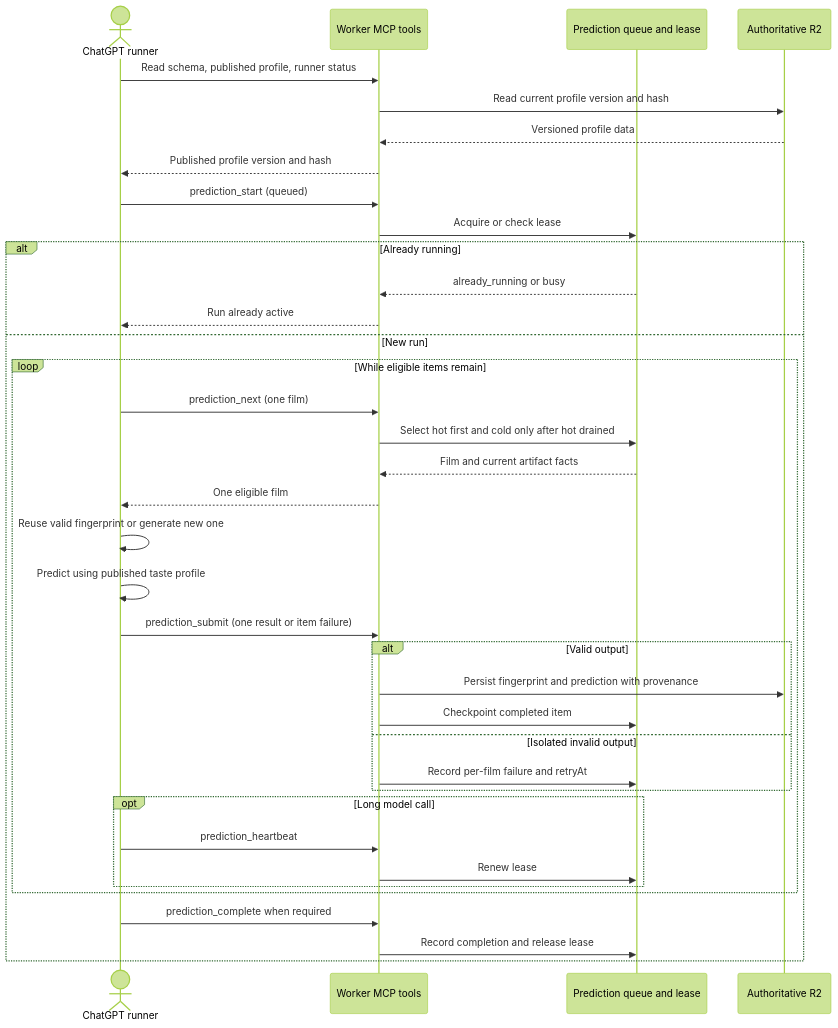
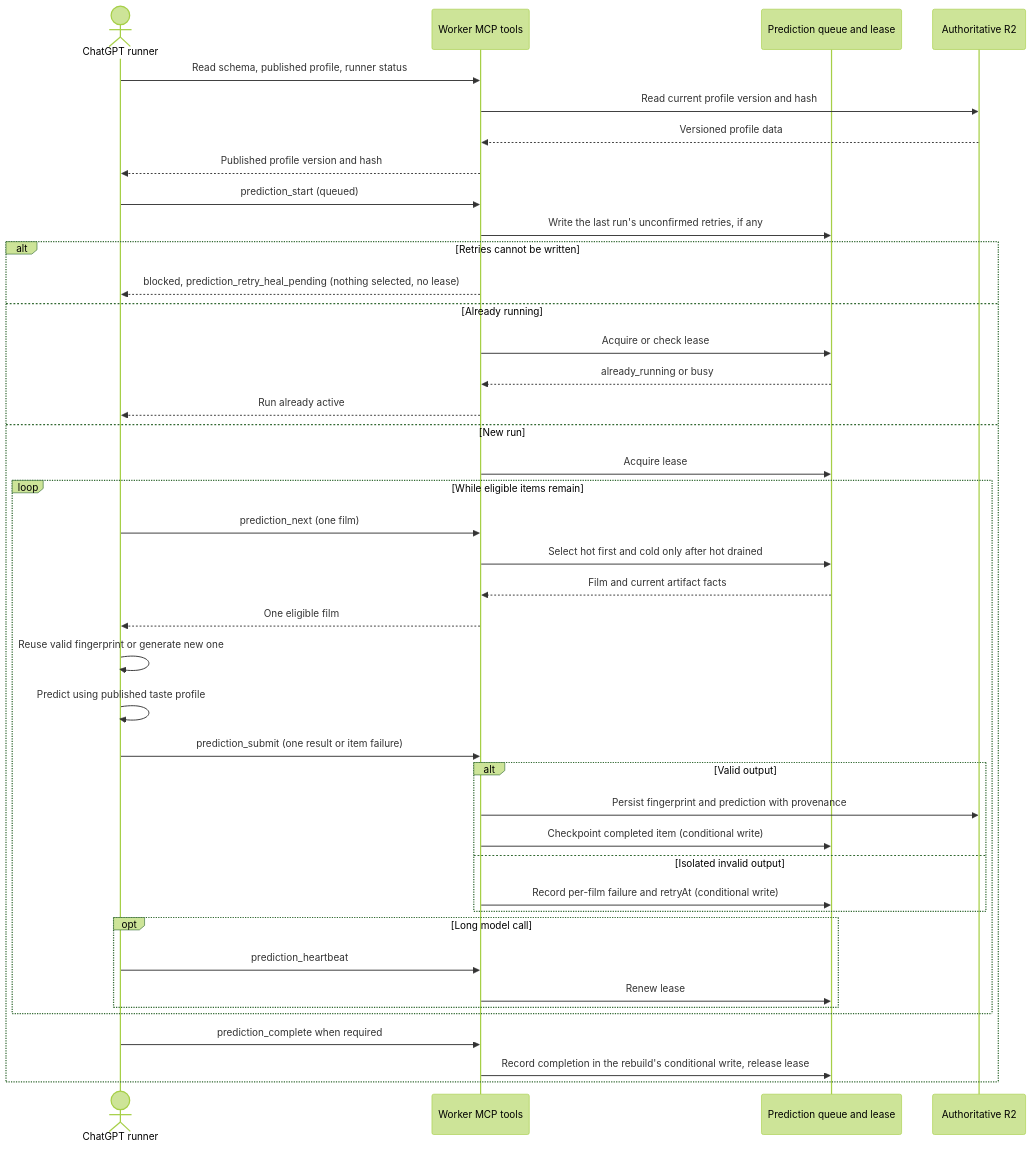
The first of 2 diagrams in docs/architecture/prediction-pipeline.md (vladimino/iptv-watchlist), drawn with Mermaid (forest theme) before and after one commit. The commit also changed other lines of this file and 15 other files, not shown here.

First line of the commit message:
AIR-298: conditional writes for every prediction queue writer (Proposed ADR 0061) (#271)

````diff
--- a/docs/architecture/prediction-pipeline.md
+++ b/docs/architecture/prediction-pipeline.md
@@ -5,39 +5,43 @@
 ```mermaid
 sequenceDiagram
     actor Client as ChatGPT runner
     participant MCP as Worker MCP tools
     participant Queue as Prediction queue and lease
     participant R2 as Authoritative R2
     Client->>MCP: Read schema, published profile, runner status
     MCP->>R2: Read current profile version and hash
     R2-->>MCP: Versioned profile data
     MCP-->>Client: Published profile version and hash
     Client->>MCP: prediction_start (queued)
-    MCP->>Queue: Acquire or check lease
-    alt Already running
+    MCP->>Queue: Write the last run's unconfirmed retries, if any
+    alt Retries cannot be written
+        MCP-->>Client: blocked, prediction_retry_heal_pending (nothing selected, no lease)
+    else Already running
+        MCP->>Queue: Acquire or check lease
         Queue-->>MCP: already_running or busy
         MCP-->>Client: Run already active
     else New run
+        MCP->>Queue: Acquire lease
         loop While eligible items remain
             Client->>MCP: prediction_next (one film)
             MCP->>Queue: Select hot first and cold only after hot drained
             Queue-->>MCP: Film and current artifact facts
             MCP-->>Client: One eligible film
             Client->>Client: Reuse valid fingerprint or generate new one
             Client->>Client: Predict using published taste profile
             Client->>MCP: prediction_submit (one result or item failure)
             alt Valid output
                 MCP->>R2: Persist fingerprint and prediction with provenance
-                MCP->>Queue: Checkpoint completed item
+                MCP->>Queue: Checkpoint completed item (conditional write)
             else Isolated invalid output
-                MCP->>Queue: Record per-film failure and retryAt
+                MCP->>Queue: Record per-film failure and retryAt (conditional write)
             end
             opt Long model call
                 Client->>MCP: prediction_heartbeat
                 MCP->>Queue: Renew lease
             end
         end
         Client->>MCP: prediction_complete when required
-        MCP->>Queue: Record completion and release lease
+        MCP->>Queue: Record completion in the rebuild's conditional write, release lease
     end
 ```
````
